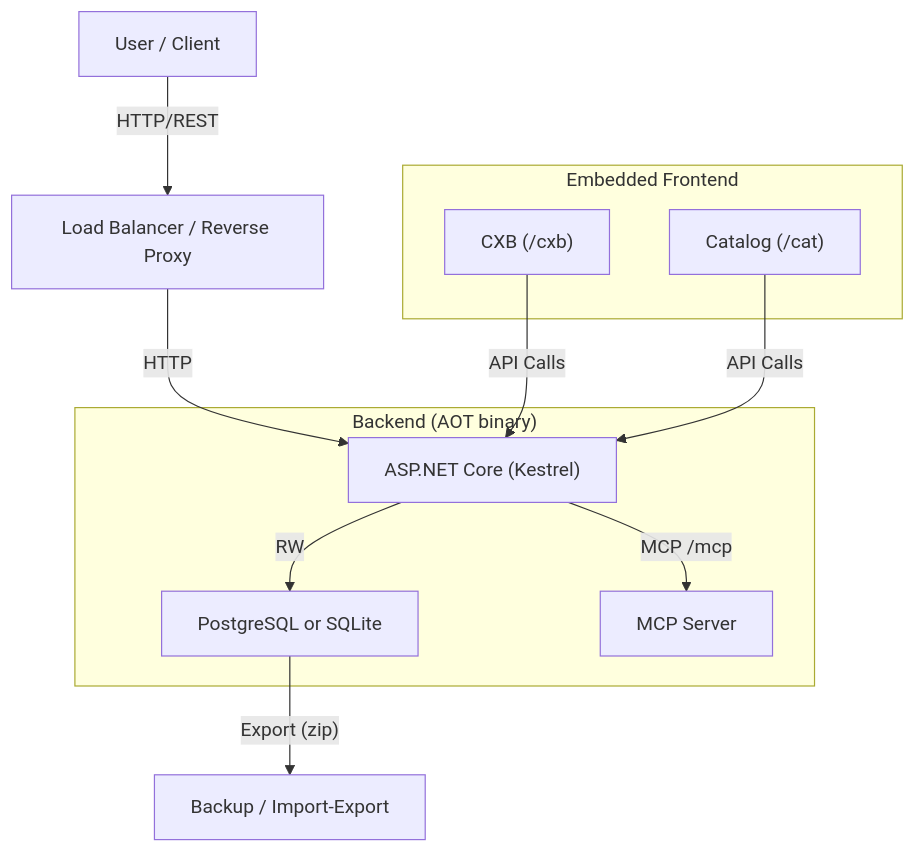
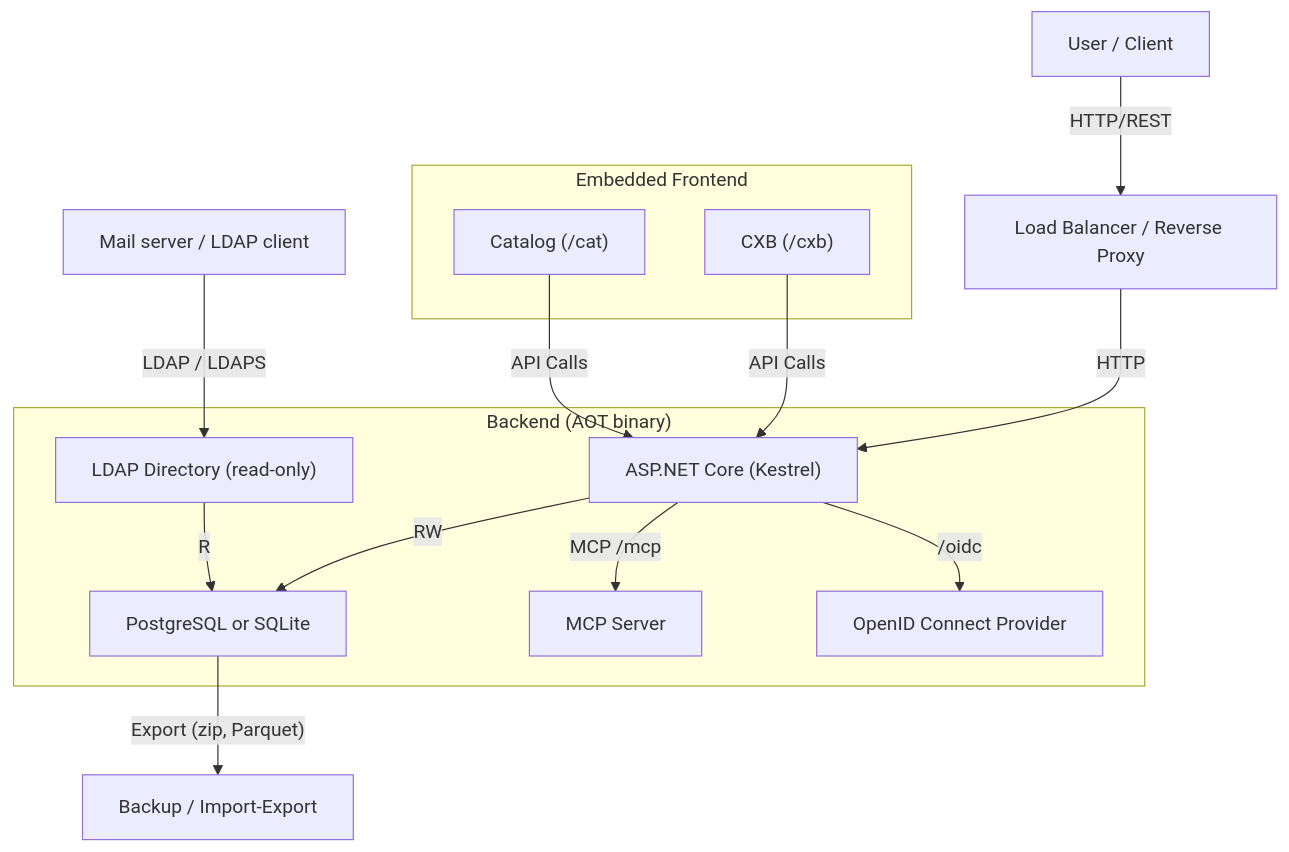
One commit to edraj/website changed the first of 2 diagrams in pack/space/pages/technical.md. Above: the diagram before and after it, drawn with Mermaid. The commit also changed other lines of this file and 14 other files, not shown here.

````diff
--- a/pack/space/pages/technical.md
+++ b/pack/space/pages/technical.md
@@ -9,17 +9,20 @@
 ```mermaid
 graph TD
     User["User / Client"] -->|"HTTP/REST"| LB["Load Balancer / Reverse Proxy"]
     LB -->|HTTP| API["ASP.NET Core (Kestrel)"]
 
     subgraph "Backend (AOT binary)"
         API -->|RW| SQL["PostgreSQL or SQLite"]
         API -->|"MCP /mcp"| MCP["MCP Server"]
+        API -->|"/oidc"| OIDC["OpenID Connect Provider"]
+        LDAP["LDAP Directory (read-only)"] -->|R| SQL
     end
 
     subgraph "Embedded Frontend"
         CXB["CXB (/cxb)"] -->|"API Calls"| API
         CAT["Catalog (/cat)"] -->|"API Calls"| API
     end
 
-    SQL -->|"Export (zip)"| Backup["Backup / Import-Export"]
+    LdapClient["Mail server / LDAP client"] -->|"LDAP / LDAPS"| LDAP
+    SQL -->|"Export (zip, Parquet)"| Backup["Backup / Import-Export"]
 ```
````
